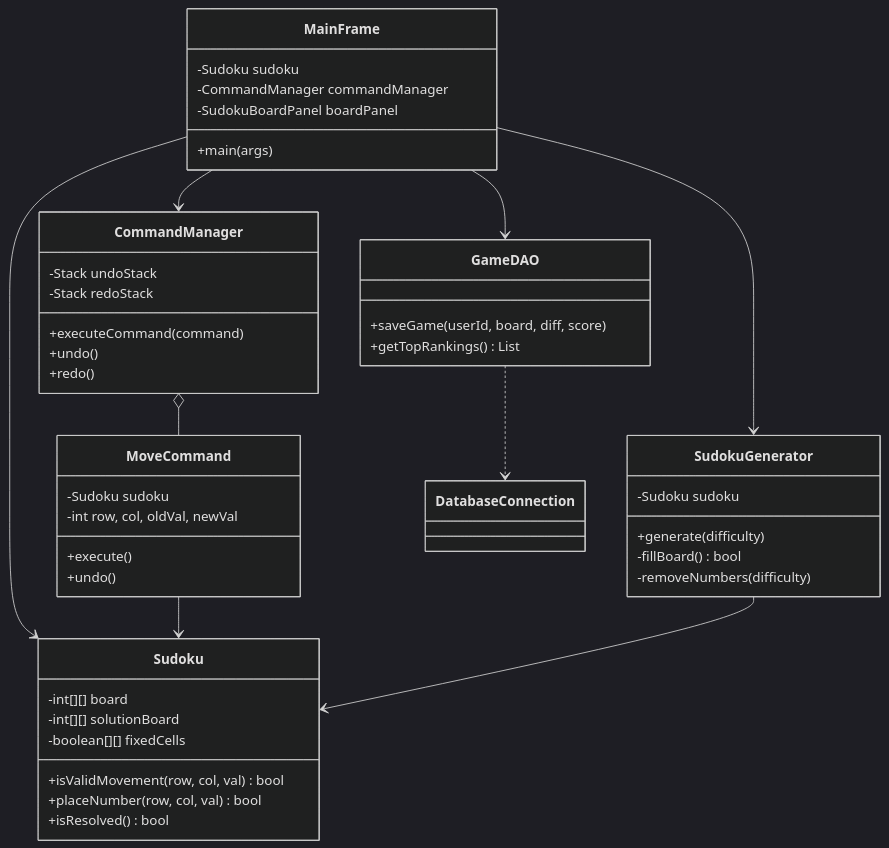
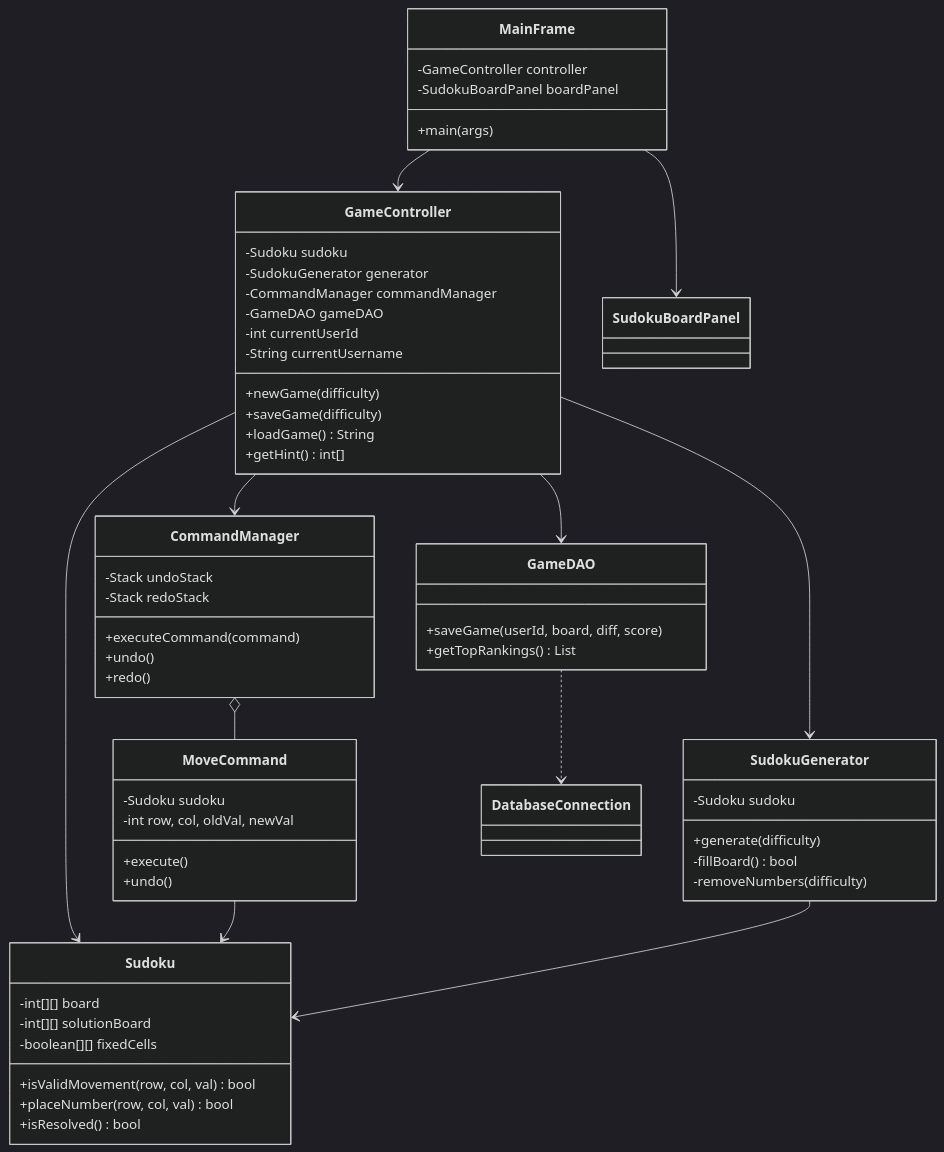
One commit to bbaakkuu-svg/Proyecto_Sudoku changed the first of 3 diagrams in docs/DOCUMENTATION.md. Above: the diagram before and after it, drawn with Mermaid (dark theme). The commit also changed 65 other files, not shown here.

````diff
--- a/docs/DOCUMENTATION.md
+++ b/docs/DOCUMENTATION.md
@@ -8,49 +8,62 @@
 ```mermaid
 classDiagram
     class Sudoku {
         -int[][] board
         -int[][] solutionBoard
         -boolean[][] fixedCells
         +isValidMovement(row, col, val) bool
         +placeNumber(row, col, val) bool
         +isResolved() bool
+    }
+    class GameController {
+        -Sudoku sudoku
+        -SudokuGenerator generator
+        -CommandManager commandManager
+        -GameDAO gameDAO
+        -int currentUserId
+        -String currentUsername
+        +newGame(difficulty)
+        +saveGame(difficulty)
+        +loadGame() String
+        +getHint() int[]
     }
     class SudokuGenerator {
         -Sudoku sudoku
         +generate(difficulty)
         -fillBoard() bool
         -removeNumbers(difficulty)
     }
     class CommandManager {
         -Stack undoStack
         -Stack redoStack
         +executeCommand(command)
         +undo()
         +redo()
     }
     class MoveCommand {
         -Sudoku sudoku
         -int row, col, oldVal, newVal
         +execute()
         +undo()
     }
     class GameDAO {
         +saveGame(userId, board, diff, score)
         +getTopRankings() List
     }
     class MainFrame {
-        -Sudoku sudoku
-        -CommandManager commandManager
+        -GameController controller
         -SudokuBoardPanel boardPanel
         +main(args)
     }
 
-    MainFrame --> Sudoku
-    MainFrame --> CommandManager
-    MainFrame --> SudokuGenerator
-    MainFrame --> GameDAO
+    MainFrame --> GameController
+    MainFrame --> SudokuBoardPanel
+    GameController --> Sudoku
+    GameController --> CommandManager
+    GameController --> SudokuGenerator
+    GameController --> GameDAO
     CommandManager o-- MoveCommand
     MoveCommand --> Sudoku
     SudokuGenerator --> Sudoku
     GameDAO ..> DatabaseConnection
 ```
````
